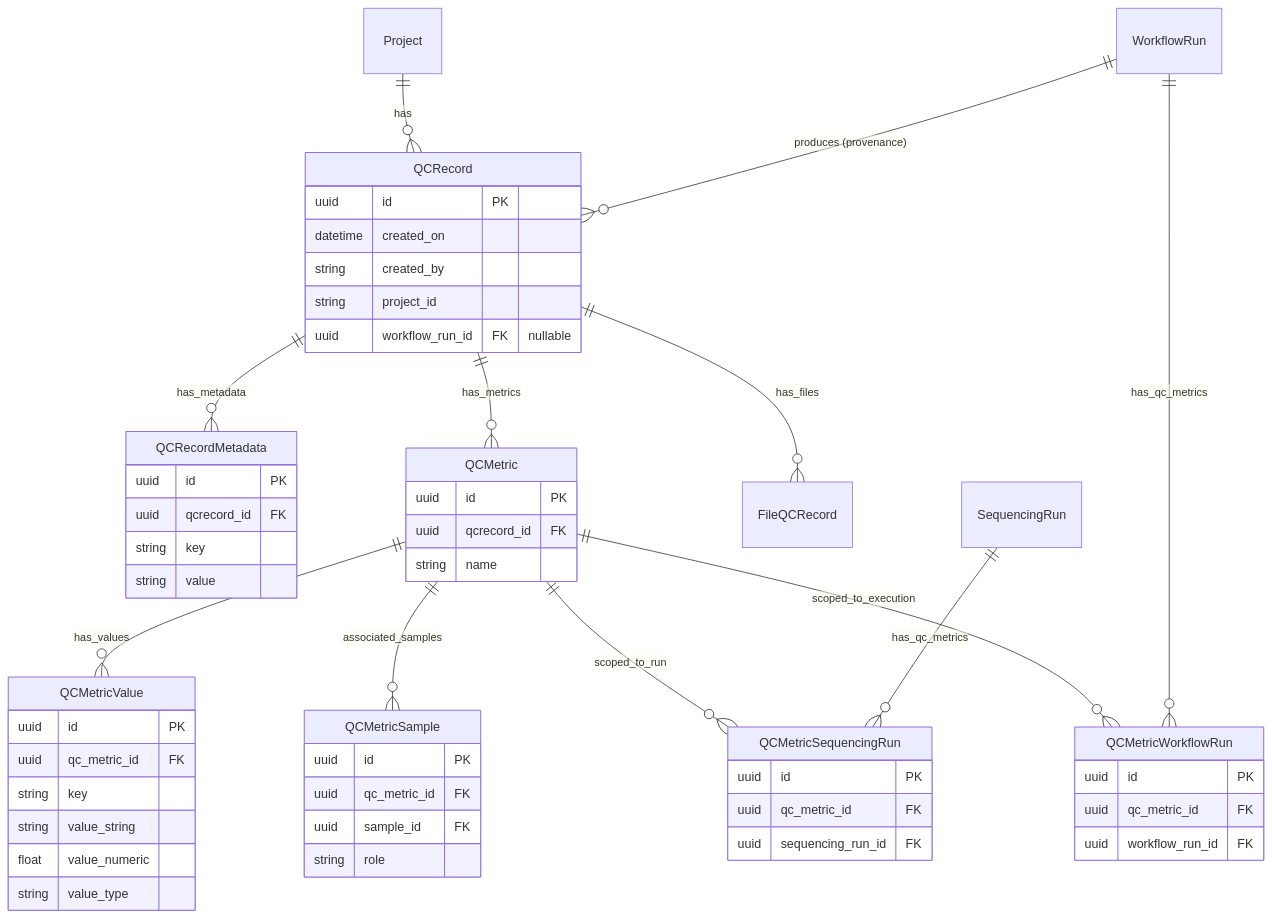
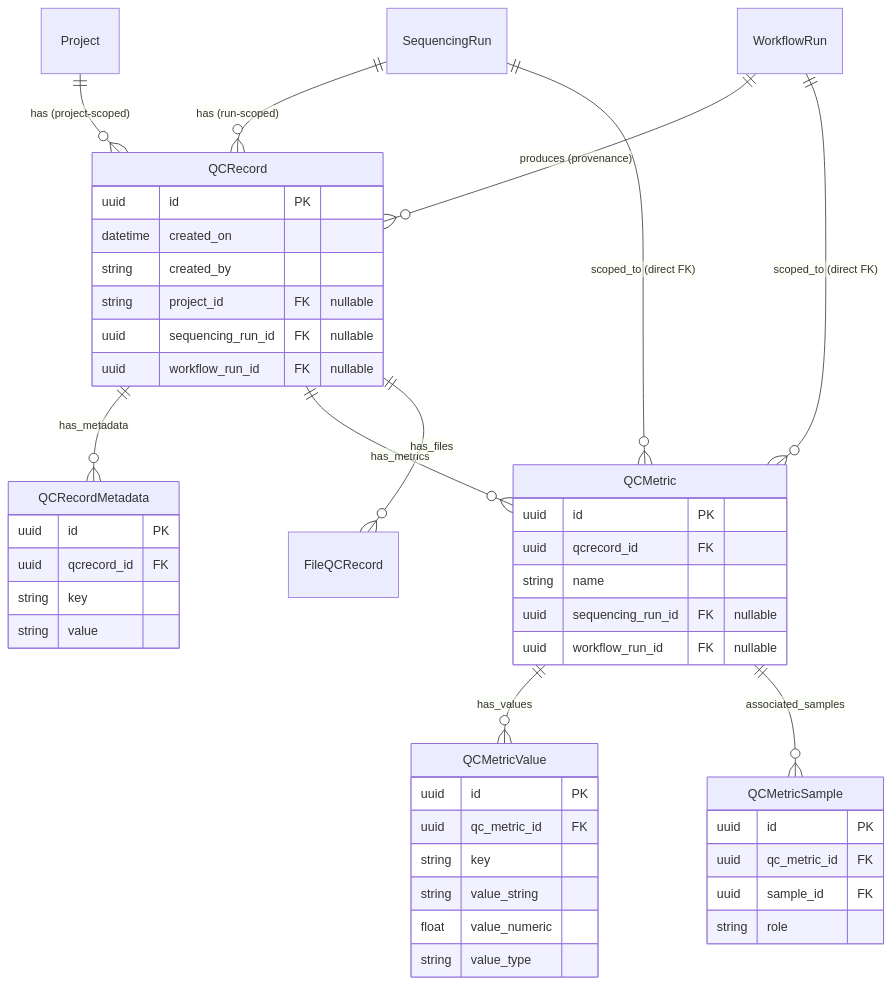
Before and after one commit to NGS360/APIServer: the diagram in docs/QCMETRICS.md, drawn with Mermaid. The commit also changed other lines of this file and 1 other file, not shown here.

First line of the commit message:
run-scoped QCRecords: update documentation (Phase 3b)

````diff
--- a/docs/QCMETRICS.md
+++ b/docs/QCMETRICS.md
@@ -21,63 +24,53 @@
 ```mermaid
 erDiagram
-    Project ||--o{ QCRecord : has
+    Project ||--o{ QCRecord : "has (project-scoped)"
+    SequencingRun ||--o{ QCRecord : "has (run-scoped)"
     WorkflowRun ||--o{ QCRecord : "produces (provenance)"
     QCRecord ||--o{ QCRecordMetadata : has_metadata
     QCRecord ||--o{ QCMetric : has_metrics
     QCRecord ||--o{ FileQCRecord : has_files
     QCMetric ||--o{ QCMetricValue : has_values
     QCMetric ||--o{ QCMetricSample : associated_samples
-    QCMetric ||--o{ QCMetricSequencingRun : scoped_to_run
-    QCMetric ||--o{ QCMetricWorkflowRun : scoped_to_execution
-    SequencingRun ||--o{ QCMetricSequencingRun : has_qc_metrics
-    WorkflowRun ||--o{ QCMetricWorkflowRun : has_qc_metrics
+    SequencingRun ||--o{ QCMetric : "scoped_to (direct FK)"
+    WorkflowRun ||--o{ QCMetric : "scoped_to (direct FK)"
 
     QCRecord {
         uuid id PK
         datetime created_on
         string created_by
-        string project_id
+        string project_id FK "nullable"
+        uuid sequencing_run_id FK "nullable"
         uuid workflow_run_id FK "nullable"
     }
 
     QCRecordMetadata {
         uuid id PK
         uuid qcrecord_id FK
         string key
         string value
     }
 
     QCMetric {
         uuid id PK
         uuid qcrecord_id FK
         string name
+        uuid sequencing_run_id FK "nullable"
+        uuid workflow_run_id FK "nullable"
     }
 
     QCMetricValue {
         uuid id PK
         uuid qc_metric_id FK
         string key
         string value_string
         float value_numeric
         string value_type
     }
 
     QCMetricSample {
         uuid id PK
         uuid qc_metric_id FK
         uuid sample_id FK
         string role
     }
-
-    QCMetricSequencingRun {
-        uuid id PK
-        uuid qc_metric_id FK
-        uuid sequencing_run_id FK
-    }
-
-    QCMetricWorkflowRun {
-        uuid id PK
-        uuid qc_metric_id FK
-        uuid workflow_run_id FK
-    }
 ```
````
